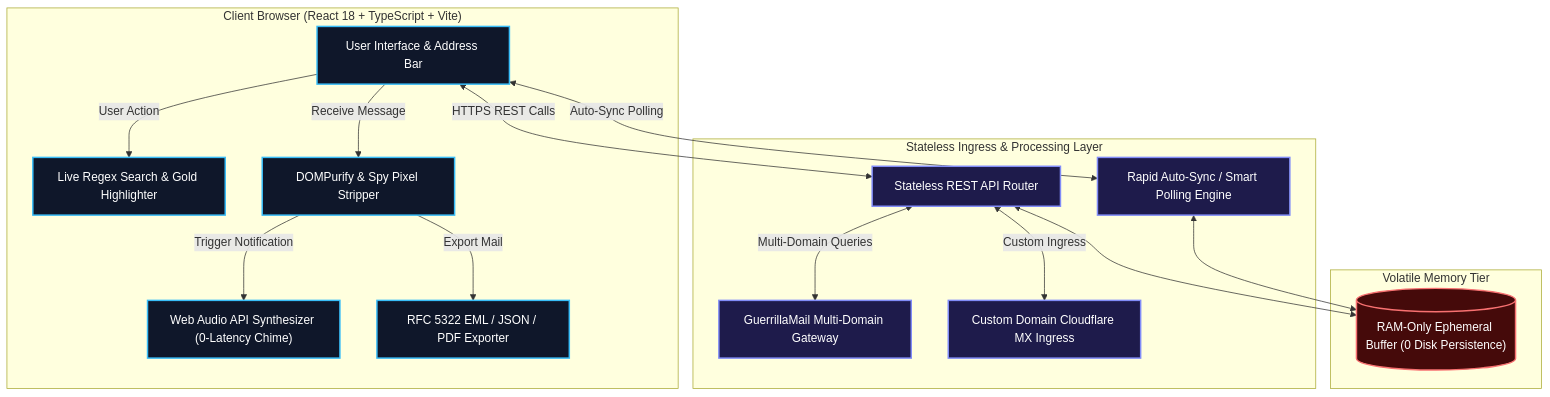
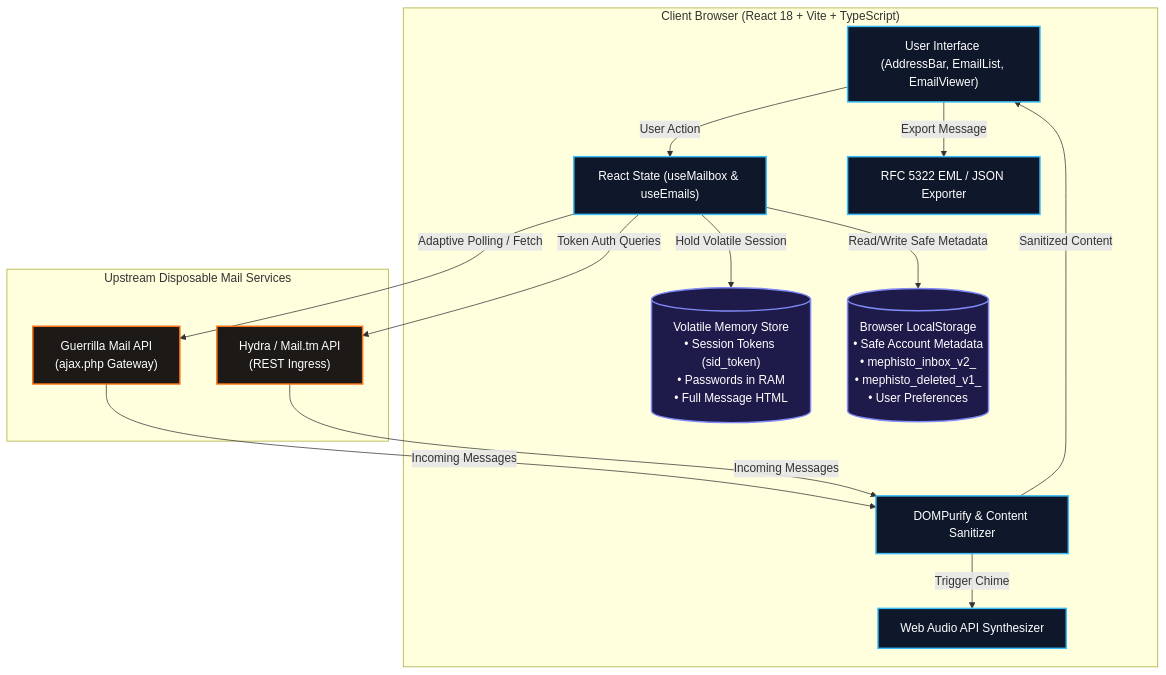
Before and after one commit to jokallame350-lang/temp-mailmephisto: the second of 2 diagrams in README.md, drawn with Mermaid. The commit also changed other lines of this file, not shown here.

Commit message:
docs: rewrite README.md with 100% technical accuracy and verified architecture

````diff
--- a/README.md
+++ b/README.md
@@ -135,42 +193,36 @@
 ```mermaid
 flowchart TD
-    subgraph Client ["Client Browser (React 18 + TypeScript + Vite)"]
-        UI["User Interface & Address Bar"]
-        Search["Live Regex Search & Gold Highlighter"]
-        Audio["Web Audio API Synthesizer (0-Latency Chime)"]
-        Purify["DOMPurify & Spy Pixel Stripper"]
-        Export["RFC 5322 EML / JSON / PDF Exporter"]
+    subgraph Browser ["Client Browser (React 18 + Vite + TypeScript)"]
+        UI["User Interface (AddressBar, EmailList, EmailViewer)"]
+        State["React State (useMailbox & useEmails)"]
+        MemoryStore[("Volatile Memory Store\n• Session Tokens (sid_token)\n• Passwords in RAM\n• Full Message HTML")]
+        LocalStorage[("Browser LocalStorage\n• Safe Account Metadata\n• mephisto_inbox_v2_<addr>\n• mephisto_deleted_v1_<addr>\n• User Preferences")]
+        Sanitizer["DOMPurify & Content Sanitizer"]
+        Audio["Web Audio API Synthesizer"]
+        Exporter["RFC 5322 EML / JSON Exporter"]
     end
 
-    subgraph Relays ["Stateless Ingress & Processing Layer"]
-        API["Stateless REST API Router"]
-        SyncEngine["Rapid Auto-Sync / Smart Polling Engine"]
-        GuerrillaRouter["GuerrillaMail Multi-Domain Gateway"]
-        BYOD["Custom Domain Cloudflare MX Ingress"]
+    subgraph Upstream ["Upstream Disposable Mail Services"]
+        Guerrilla["Guerrilla Mail API\n(ajax.php Gateway)"]
+        Hydra["Hydra / Mail.tm API\n(REST Ingress)"]
     end
 
-    subgraph Storage ["Volatile Memory Tier"]
-        RAM[("RAM-Only Ephemeral Buffer (0 Disk Persistence)")]
-    end
-
-    UI -->|"User Action"| Search
-    UI -->|"Receive Message"| Purify
-    Purify -->|"Trigger Notification"| Audio
-    Purify -->|"Export Mail"| Export
-    
-    UI <-->|"HTTPS REST Calls"| API
-    UI <-->|"Auto-Sync Polling"| SyncEngine
-    API <-->|"Multi-Domain Queries"| GuerrillaRouter
-    API <-->|"Custom Ingress"| BYOD
-    
-    API <--> RAM
-    SyncEngine <--> RAM
+    UI -->|"User Action"| State
+    State -->|"Read/Write Safe Metadata"| LocalStorage
+    State -->|"Hold Volatile Session"| MemoryStore
+    State -->|"Adaptive Polling / Fetch"| Guerrilla
+    State -->|"Token Auth Queries"| Hydra
+    Guerrilla -->|"Incoming Messages"| Sanitizer
+    Hydra -->|"Incoming Messages"| Sanitizer
+    Sanitizer -->|"Trigger Chime"| Audio
+    Sanitizer -->|"Sanitized Content"| UI
+    UI -->|"Export Message"| Exporter
 
     classDef client fill:#0f172a,stroke:#38bdf8,stroke-width:2px,color:#fff;
-    classDef relay fill:#1e1b4b,stroke:#818cf8,stroke-width:2px,color:#fff;
-    classDef storage fill:#450a0a,stroke:#f87171,stroke-width:2px,color:#fff;
+    classDef storage fill:#1e1b4b,stroke:#818cf8,stroke-width:2px,color:#fff;
+    classDef upstream fill:#1c1917,stroke:#f97316,stroke-width:2px,color:#fff;
 
-    class UI,Search,Audio,Purify,Export client;
-    class API,SyncEngine,GuerrillaRouter,BYOD relay;
-    class RAM storage;
+    class UI,State,Sanitizer,Audio,Exporter client;
+    class MemoryStore,LocalStorage storage;
+    class Guerrilla,Hydra upstream;
 ```
````
